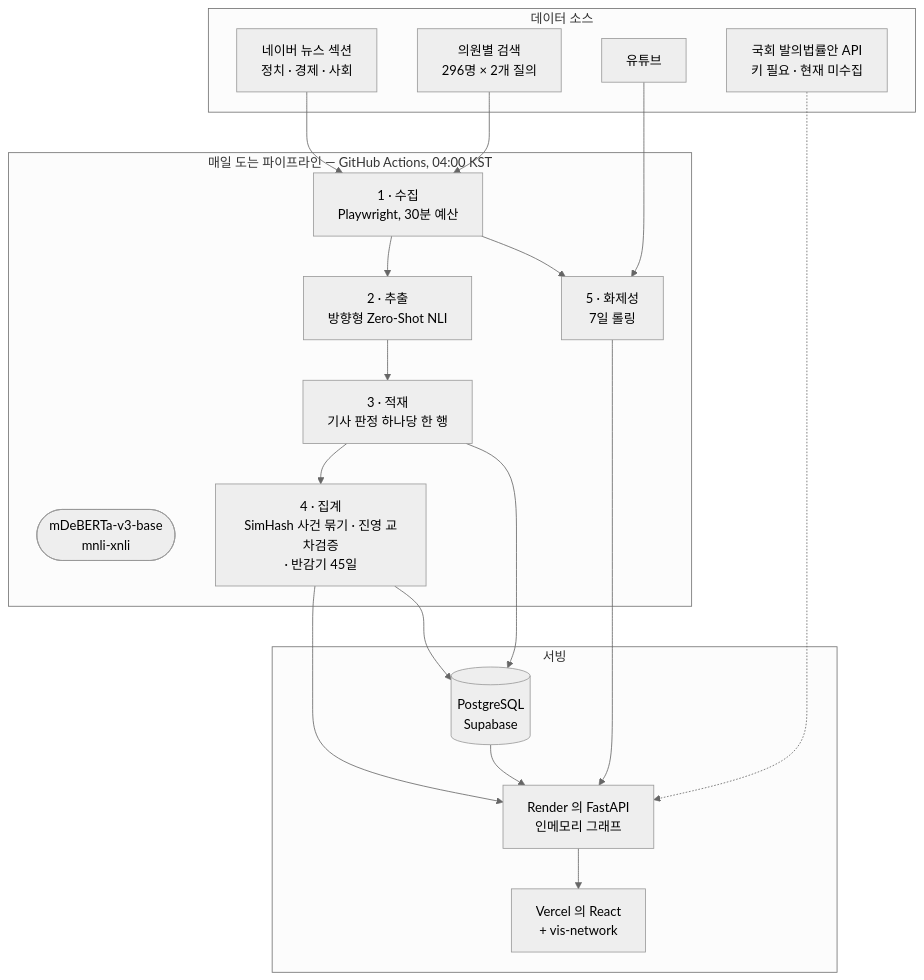
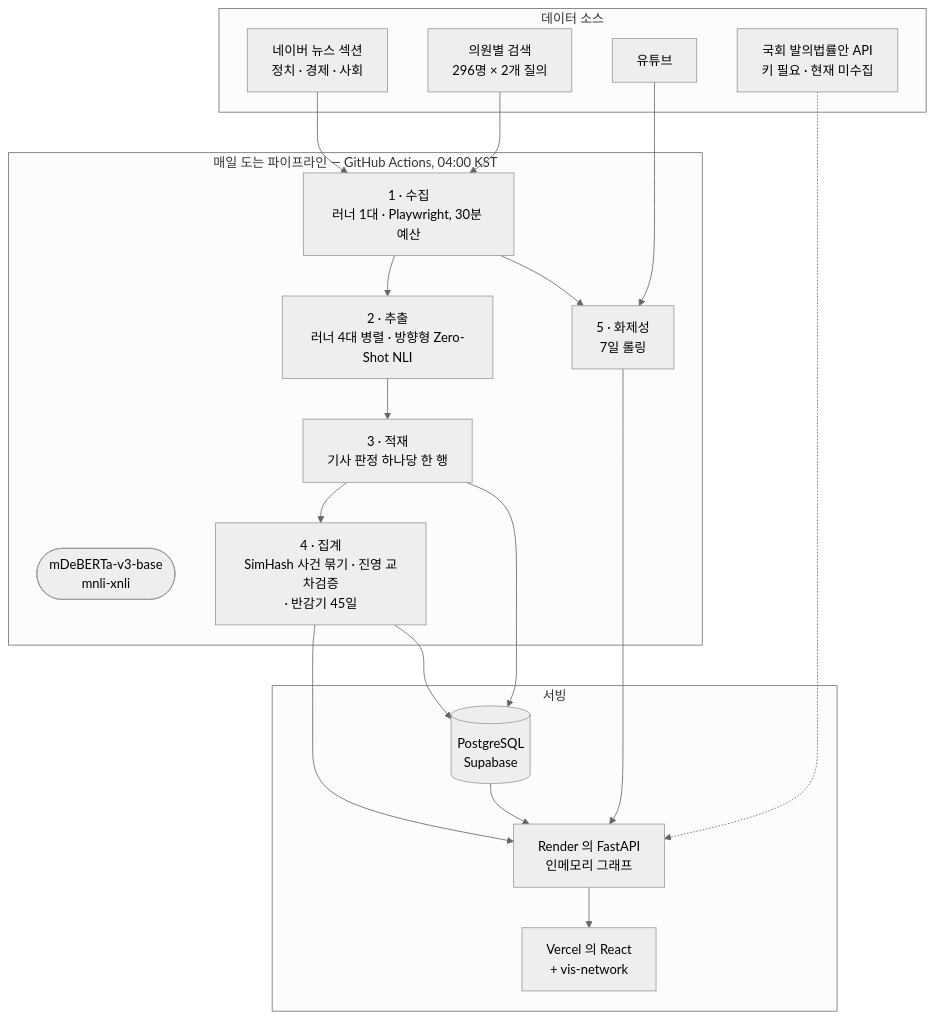
One commit to showjihyun/KoreaPolitician changed the diagram in README.ko.md. Above: the diagram before and after it, drawn with Mermaid (neutral theme). The commit also changed other lines of this file and 5 other files, not shown here.

````diff
--- a/README.ko.md
+++ b/README.ko.md
@@ -69,34 +69,34 @@
 ```mermaid
 flowchart TB
     subgraph S["데이터 소스"]
         A["네이버 뉴스 섹션<br/>정치 · 경제 · 사회"]
         B["의원별 검색<br/>296명 × 2개 질의"]
         C["유튜브"]
         D["국회 발의법률안 API<br/>키 필요 · 현재 미수집"]
     end
 
     subgraph P["매일 도는 파이프라인 — GitHub Actions, 04:00 KST"]
-        E["1 · 수집<br/>Playwright, 30분 예산"]
-        F["2 · 추출<br/>방향형 Zero-Shot NLI"]
+        E["1 · 수집<br/>러너 1대 · Playwright, 30분 예산"]
+        F["2 · 추출<br/>러너 4대 병렬 · 방향형 Zero-Shot NLI"]
         M(["mDeBERTa-v3-base<br/>mnli-xnli"])
         G["3 · 적재<br/>기사 판정 하나당 한 행"]
         H["4 · 집계<br/>SimHash 사건 묶기 · 진영 교차검증<br/>· 반감기 45일"]
         I["5 · 화제성<br/>7일 롤링"]
     end
 
     subgraph B2["서빙"]
         J[("PostgreSQL<br/>Supabase")]
         K["Render 의 FastAPI<br/>인메모리 그래프"]
         L["Vercel 의 React<br/>+ vis-network"]
     end
 
     A --> E
     B --> E
     E --> F --> G --> H --> K
     C --> I
     E --> I --> K
     D -.-> K
     G --> J
     H --> J
     J --> K --> L
 ```
````
